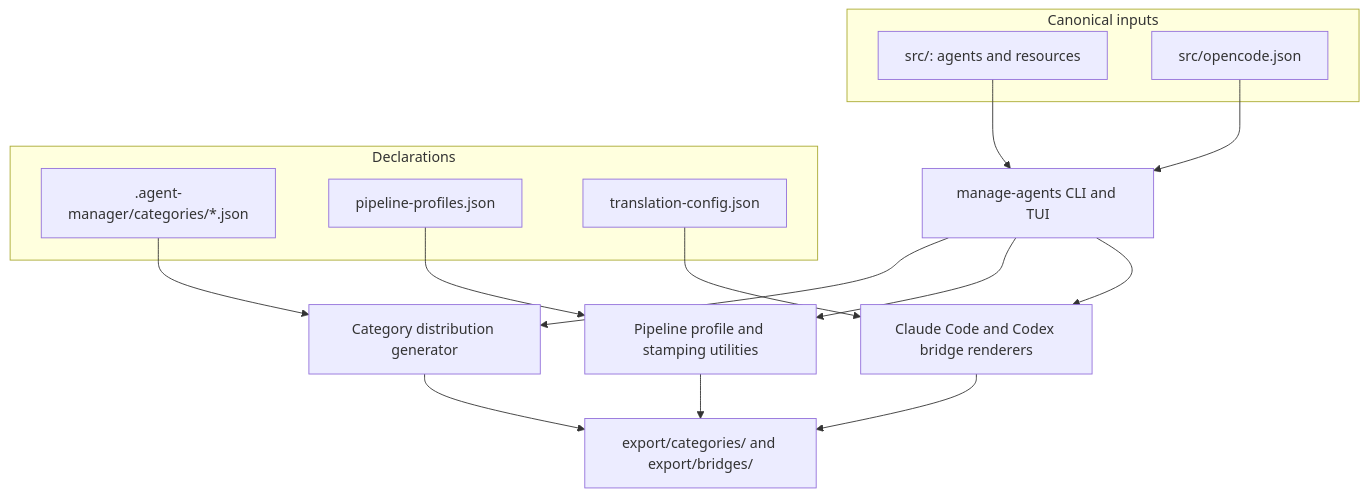
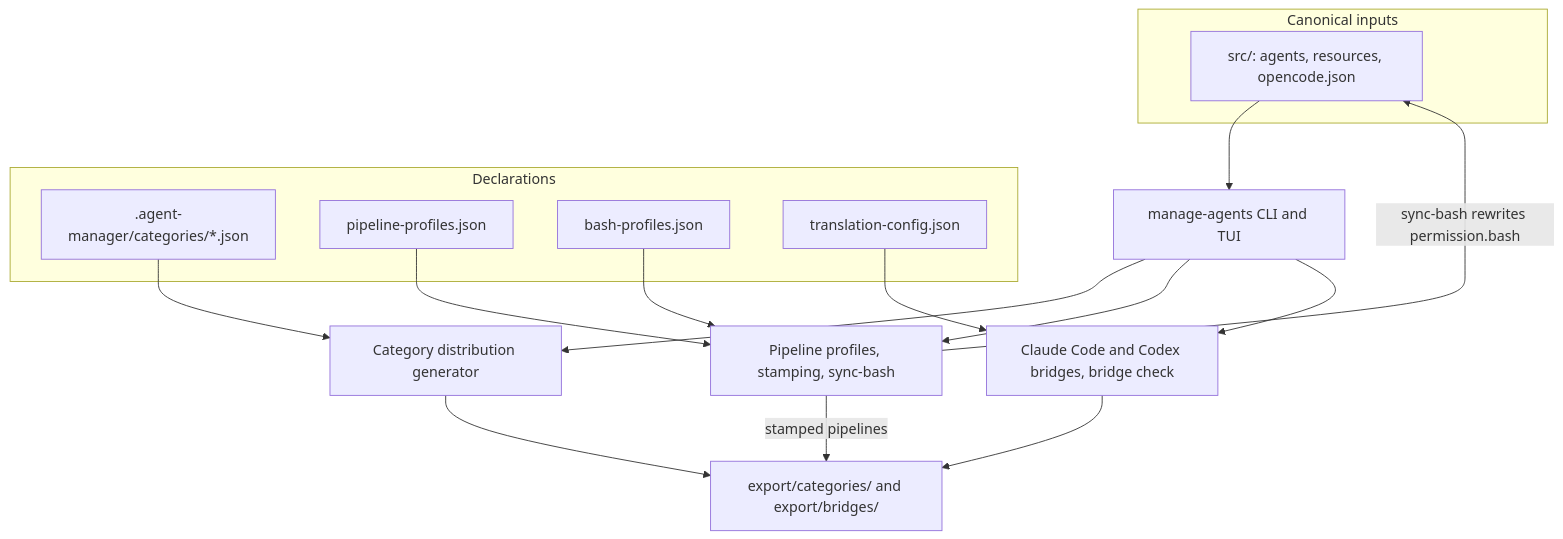
Before and after one commit to lorecanc/agents: the first of 4 diagrams in wiki/architecture.md, drawn with Mermaid. The commit also changed other lines of this file and 33 other files, not shown here.

````diff
--- a/wiki/architecture.md
+++ b/wiki/architecture.md
@@ -29,28 +38,29 @@
 ```mermaid
 graph TD
     subgraph "Canonical inputs"
-        Sources["src/: agents and resources"]
-        Blueprint["src/opencode.json"]
+        Sources["src/: agents, resources, opencode.json"]
     end
     subgraph "Declarations"
         Manifests[".agent-manager/categories/*.json"]
         Profiles["pipeline-profiles.json"]
+        BashProfiles["bash-profiles.json"]
         BridgeConfig["translation-config.json"]
     end
     Manager["manage-agents CLI and TUI"]
     CategoryBuilder["Category distribution generator"]
-    PipelineTools["Pipeline profile and stamping utilities"]
-    BridgeTools["Claude Code and Codex bridge renderers"]
+    PipelineTools["Pipeline profiles, stamping, sync-bash"]
+    BridgeTools["Claude Code and Codex bridges, bridge check"]
     Outputs["export/categories/ and export/bridges/"]
     Sources --> Manager
-    Blueprint --> Manager
     Manifests --> CategoryBuilder
     Profiles --> PipelineTools
+    BashProfiles --> PipelineTools
     BridgeConfig --> BridgeTools
     Manager --> CategoryBuilder
     Manager --> PipelineTools
     Manager --> BridgeTools
     CategoryBuilder --> Outputs
-    PipelineTools --> Outputs
+    PipelineTools -->|"stamped pipelines"| Outputs
+    PipelineTools -->|"sync-bash rewrites permission.bash"| Sources
     BridgeTools --> Outputs
 ```
````
